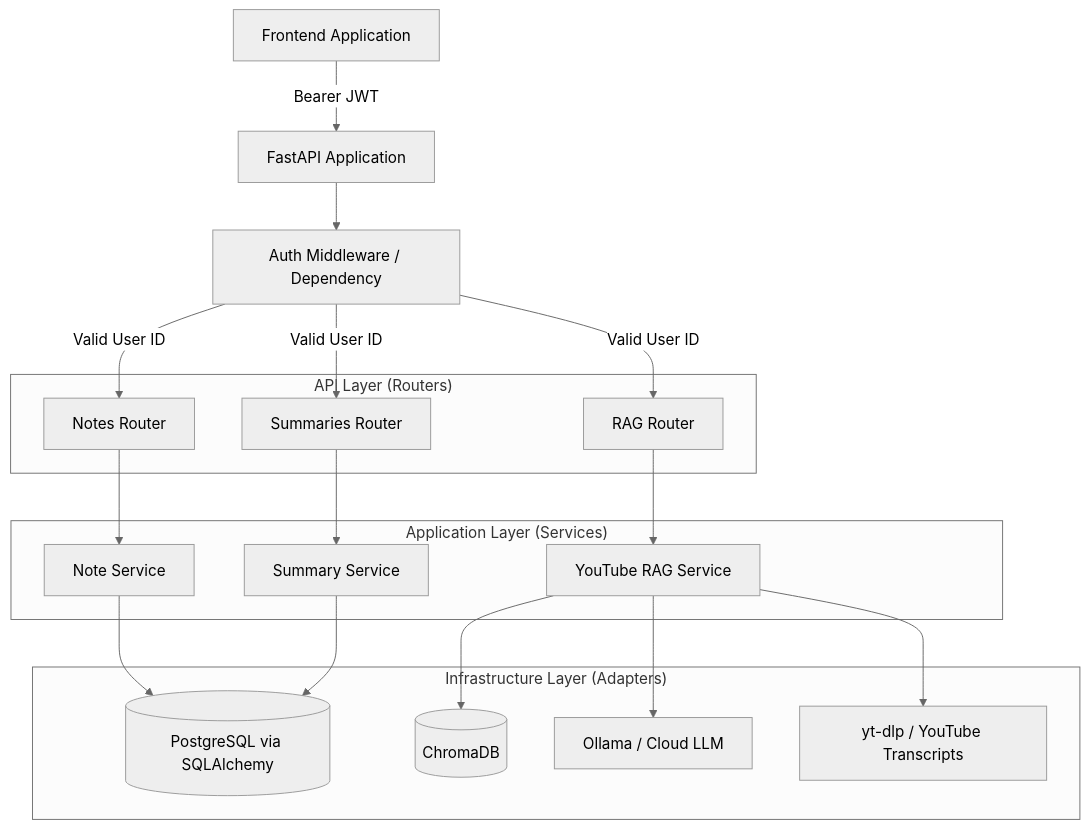
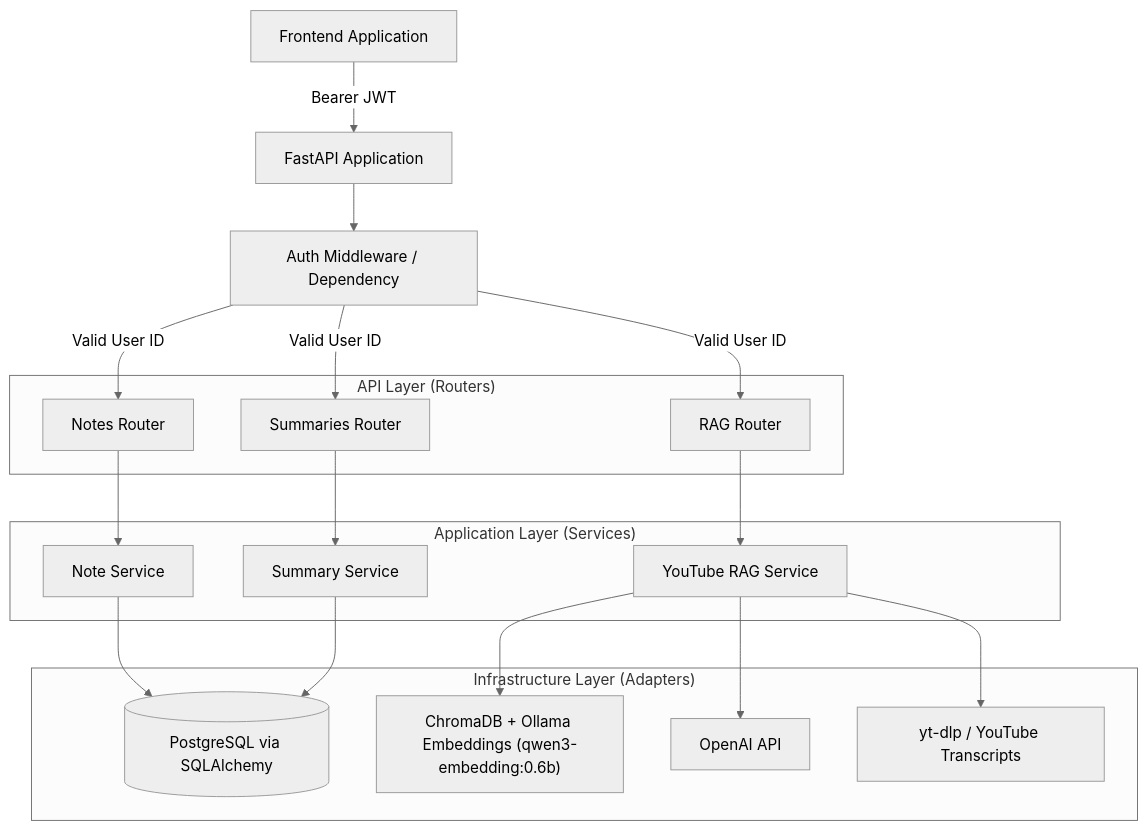
One commit to Macowen14/youtube_RAG changed the first of 2 diagrams in mermaid.md. Above: the diagram before and after it, drawn with Mermaid (neutral theme). The commit also changed other lines of this file and 17 other files, not shown here.

````diff
--- a/mermaid.md
+++ b/mermaid.md
@@ -7,43 +7,43 @@
 ```mermaid
 graph TD
     Client[Frontend Application]
     FastAPI[FastAPI Application]
     AuthMiddleware[Auth Middleware / Dependency]
     
     subgraph "API Layer (Routers)"
         RouterRAG[RAG Router]
         RouterNotes[Notes Router]
         RouterSummaries[Summaries Router]
     end
     
     subgraph "Application Layer (Services)"
         ServiceRAG[YouTube RAG Service]
         ServiceNotes[Note Service]
         ServiceSummaries[Summary Service]
     end
     
     subgraph "Infrastructure Layer (Adapters)"
         DB[(PostgreSQL via SQLAlchemy)]
-        VectorDB[(ChromaDB)]
-        LLM[Ollama / Cloud LLM]
+        VectorDB["ChromaDB + Ollama Embeddings (qwen3-embedding:0.6b)"]
+        LLM[OpenAI API]
         TranscriptAPI[yt-dlp / YouTube Transcripts]
     end
     
     Client -- "Bearer JWT" --> FastAPI
     FastAPI --> AuthMiddleware
     
     AuthMiddleware -- "Valid User ID" --> RouterRAG
     AuthMiddleware -- "Valid User ID" --> RouterNotes
     AuthMiddleware -- "Valid User ID" --> RouterSummaries
     
     RouterRAG --> ServiceRAG
     RouterNotes --> ServiceNotes
     RouterSummaries --> ServiceSummaries
     
     ServiceRAG --> VectorDB
     ServiceRAG --> LLM
     ServiceRAG --> TranscriptAPI
     
     ServiceNotes --> DB
     ServiceSummaries --> DB
 ```
````
